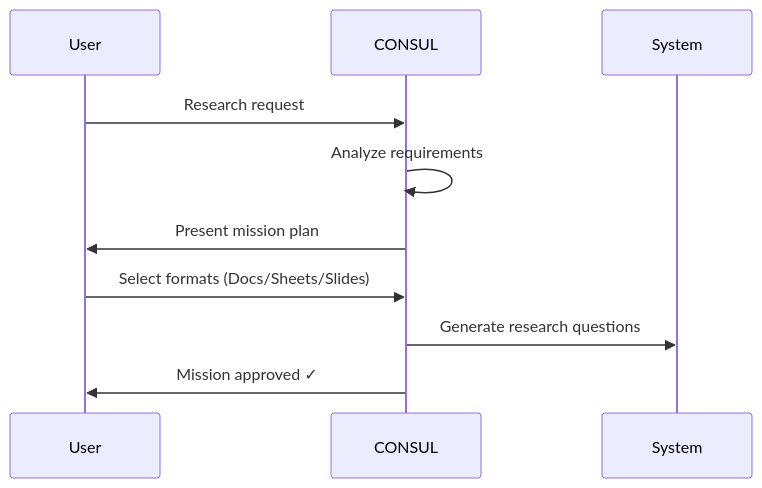
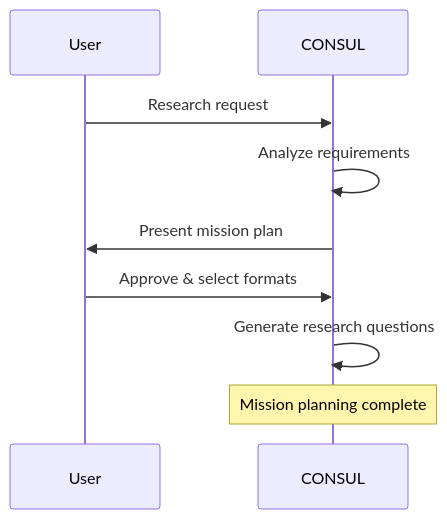
One commit to victorbash400/legion changed the second of 4 diagrams in README.md. Above: the diagram before and after it, drawn with Mermaid. The commit also changed other lines of this file, not shown here.

````diff
--- a/README.md
+++ b/README.md
@@ -377,13 +309,12 @@
 ```mermaid
 sequenceDiagram
     participant User
     participant CONSUL
-    participant System
     
     User->>CONSUL: Research request
     CONSUL->>CONSUL: Analyze requirements
     CONSUL->>User: Present mission plan
-    User->>CONSUL: Select formats (Docs/Sheets/Slides)
-    CONSUL->>System: Generate research questions
-    CONSUL->>User: Mission approved ✓
+    User->>CONSUL: Approve & select formats
+    CONSUL->>CONSUL: Generate research questions
+    Note over CONSUL: Mission planning complete
 ```
````
